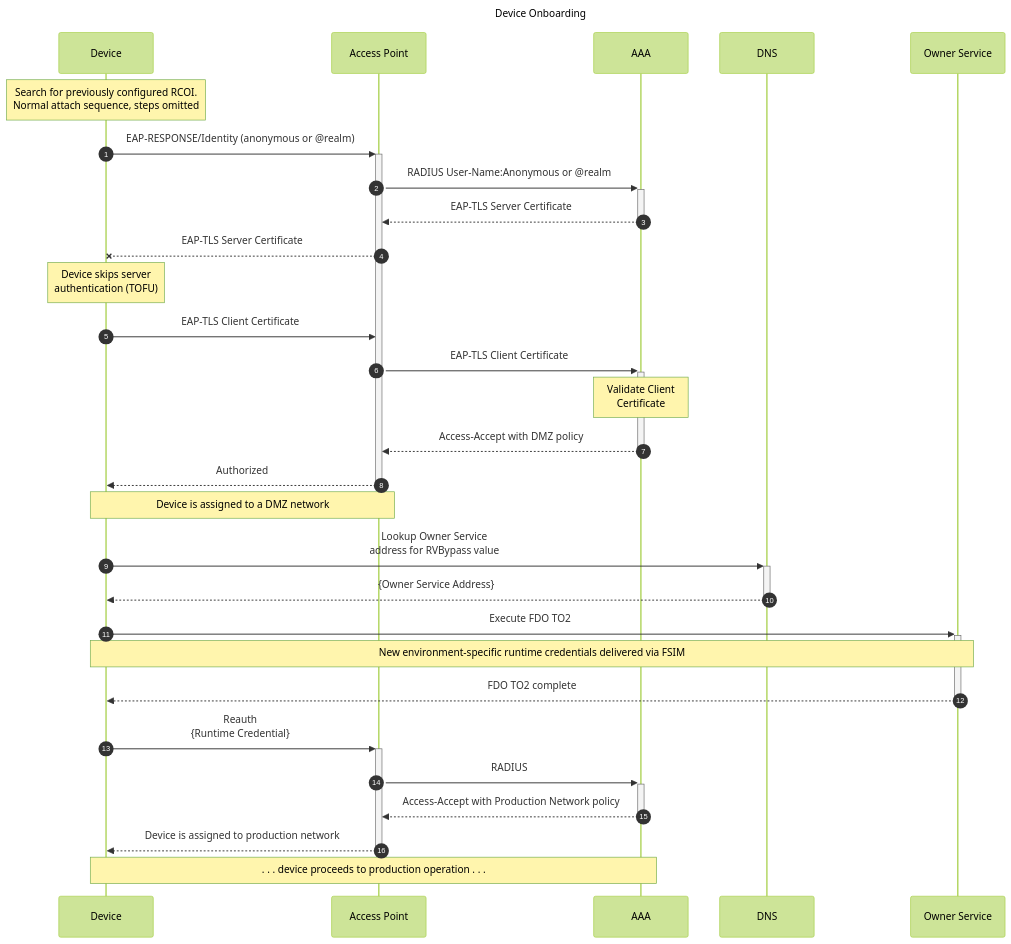
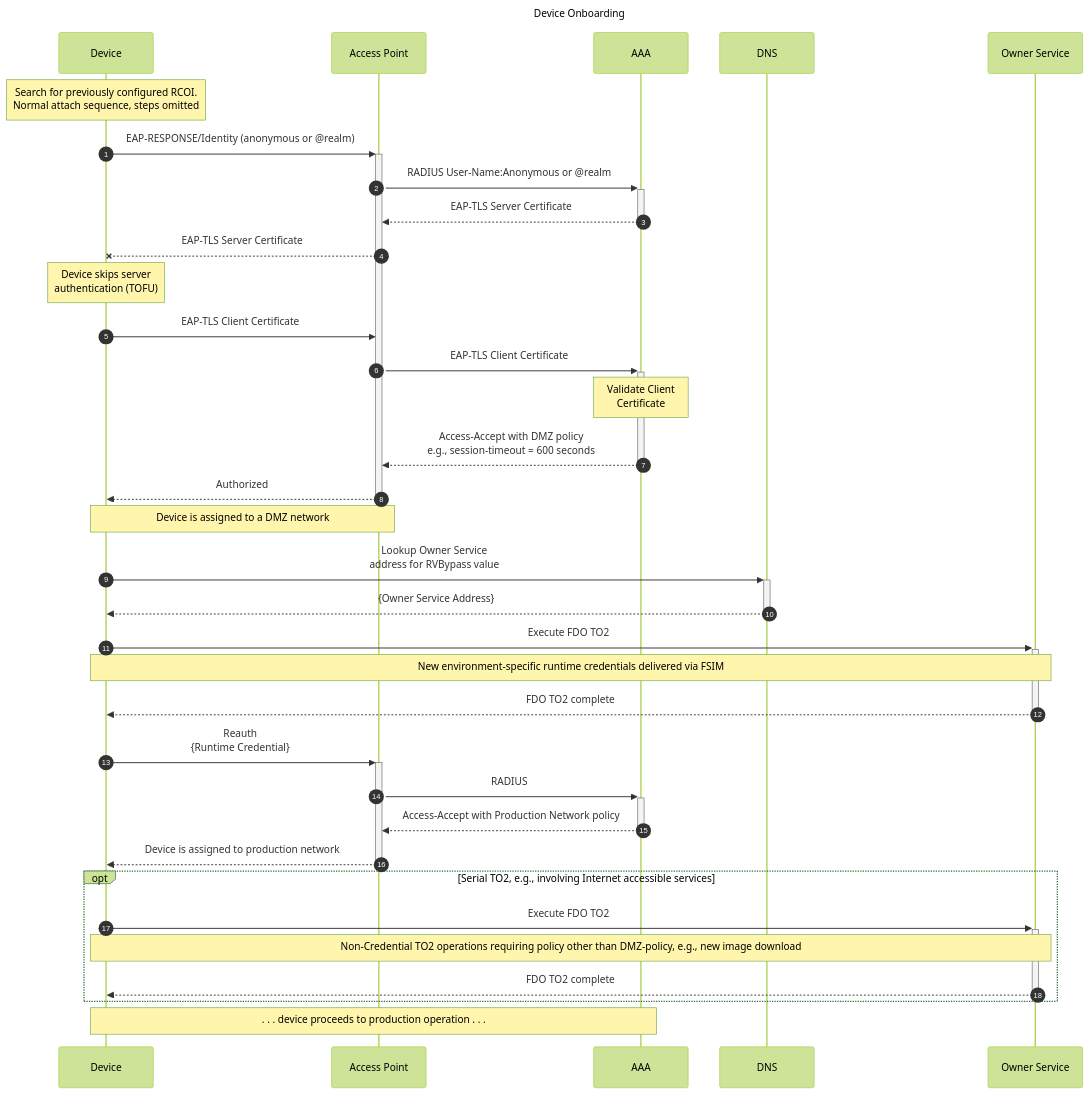
The second of 2 diagrams in WORKFLOWS.md (wireless-broadband-alliance/WBA-FIDO-Collaboration), drawn with Mermaid (forest theme) before and after one commit.

Commit message:
adding serial TO2 for services outside of DMZ-policy

````diff
--- a/WORKFLOWS.md
+++ b/WORKFLOWS.md
@@ -70,41 +70,47 @@
 ```mermaid
 sequenceDiagram
     title Device Onboarding
     participant dev as Device
     participant ap as Access Point
     participant aaa as AAA
     participant dns as DNS
     participant owner as Owner Service
 
     autonumber
 
     note over dev: Search for previously configured RCOI.<br/>Normal attach sequence, steps omitted
     dev ->>+ ap: EAP-RESPONSE/Identity (anonymous or @realm)
     ap ->>+ aaa: RADIUS User-Name:Anonymous or @realm
 
     aaa -->>- ap: EAP-TLS Server Certificate
     ap --x dev: EAP-TLS Server Certificate
     note over dev : Device skips server<br/>authentication (TOFU)
 
     dev ->> ap: EAP-TLS Client Certificate
     ap ->>+ aaa: EAP-TLS Client Certificate
 
     note over aaa : Validate Client<br/>Certificate
 
-    aaa -->>- ap: Access-Accept with DMZ policy
+    aaa -->>- ap: Access-Accept with DMZ policy<br/>e.g., session-timeout = 600 seconds
     ap -->>- dev: Authorized
     note over dev,ap: Device is assigned to a DMZ network
 
     dev ->>+ dns: Lookup Owner Service<br/>address for RVBypass value
     dns -->>- dev: {Owner Service Address}
 
     dev ->>+ owner: Execute FDO TO2
     note over dev,owner: New environment-specific runtime credentials delivered via FSIM
     owner -->>- dev: FDO TO2 complete
 
     dev ->>+ ap: Reauth<br/>{Runtime Credential}
     ap ->>+ aaa: RADIUS
     aaa -->>- ap: Access-Accept with Production Network policy
     ap -->>- dev: Device is assigned to production network
+    opt Serial TO2, e.g., involving Internet accessible services
+        dev ->>+ owner: Execute FDO TO2
+            note over dev,owner: Non-Credential TO2 operations requiring policy other than DMZ-policy, e.g., new image download
+        owner -->>- dev: FDO TO2 complete
+
+    end
     note over dev,aaa: . . . device proceeds to production operation . . .
 ```
````
